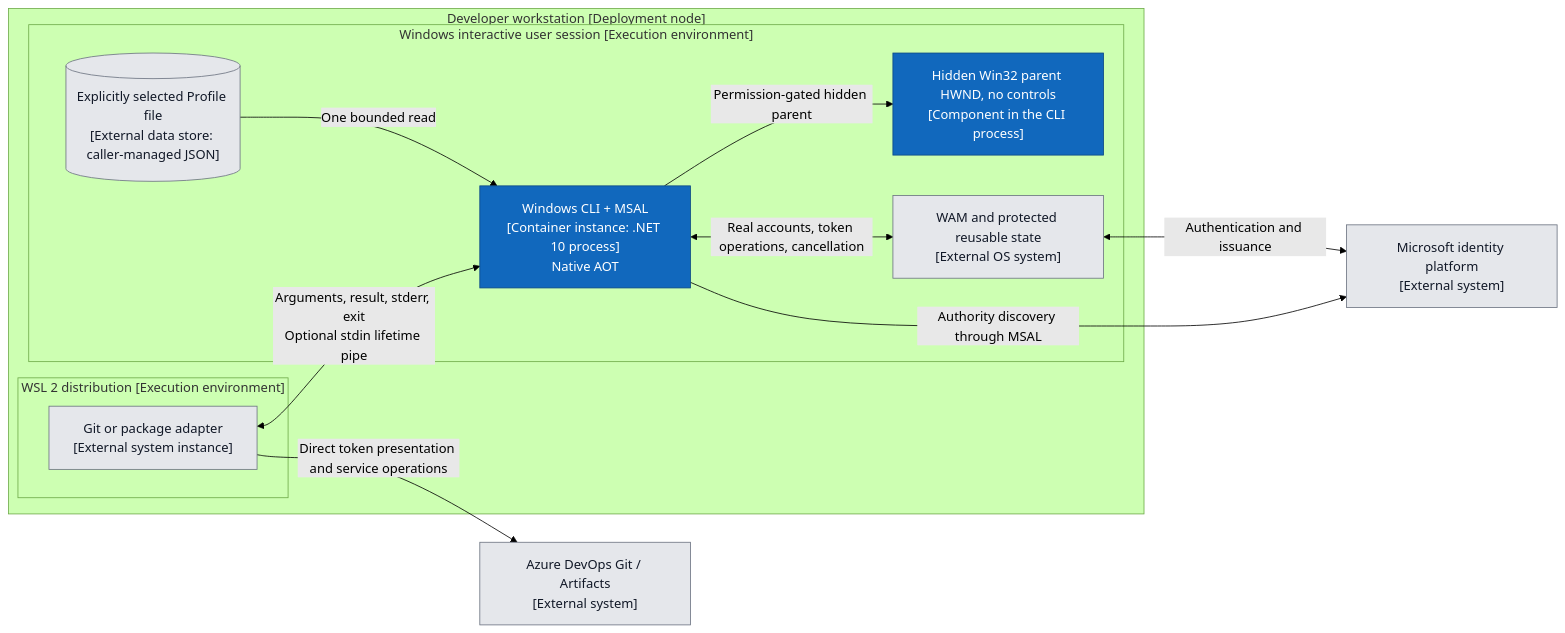
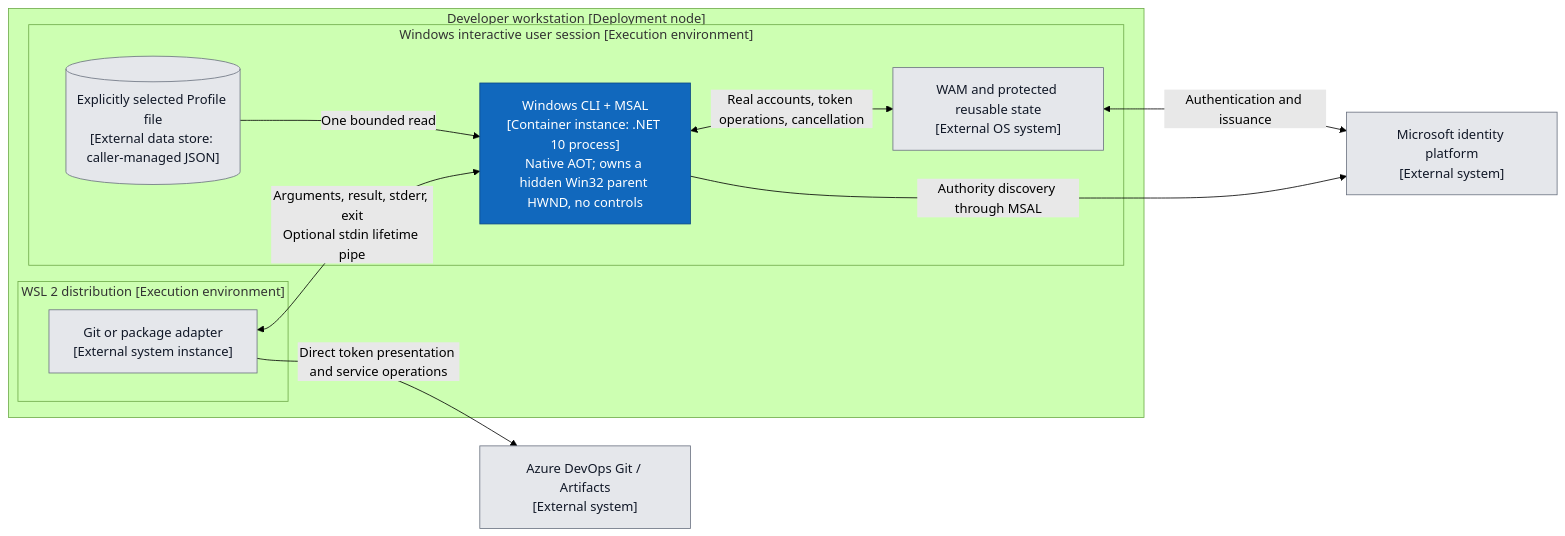
One commit to hcoona/microsoft-authentication-cli changed the first of 4 diagrams in docs/designs/windows-ado-authentication.md. Above: the diagram before and after it, drawn with Mermaid (forest theme). The commit also changed other lines of this file, not shown here.

First line of the commit message:
docs(design): align Windows design views and summaries with the code

````diff
--- a/docs/designs/windows-ado-authentication.md
+++ b/docs/designs/windows-ado-authentication.md
@@ -114,27 +114,25 @@
 ```mermaid
 flowchart LR
     subgraph workstation["Developer workstation [Deployment node]"]
         subgraph wsl["WSL 2 distribution [Execution environment]"]
             caller["Git or package adapter<br/>[External system instance]"]
         end
         subgraph windows["Windows interactive user session [Execution environment]"]
-            cli["Windows CLI + MSAL<br/>[Container instance: .NET 10 process]<br/>Native AOT"]
+            cli["Windows CLI + MSAL<br/>[Container instance: .NET 10 process]<br/>Native AOT; owns a hidden Win32 parent HWND, no controls"]
             profile[("Explicitly selected Profile file<br/>[External data store: caller-managed JSON]")]
-            ui["Hidden Win32 parent HWND, no controls<br/>[Component in the CLI process]"]
             wam["WAM and protected reusable state<br/>[External OS system]"]
         end
     end
     identity["Microsoft identity platform<br/>[External system]"]
     resource["Azure DevOps Git / Artifacts<br/>[External system]"]
     caller <-->|Arguments, result, stderr, exit<br/>Optional stdin lifetime pipe| cli
     profile -->|One bounded read| cli
-    cli -->|Permission-gated hidden parent| ui
     cli <-->|Real accounts, token operations, cancellation| wam
     wam <-->|Authentication and issuance| identity
     cli -->|Authority discovery through MSAL| identity
     caller -->|Direct token presentation and service operations| resource
     classDef owned fill:#1168bd,color:#fff,stroke:#0b4884
     classDef external fill:#e5e7eb,color:#111827,stroke:#6b7280
-    class cli,ui owned
+    class cli owned
     class caller,profile,wam,identity,resource external
 ```
````
